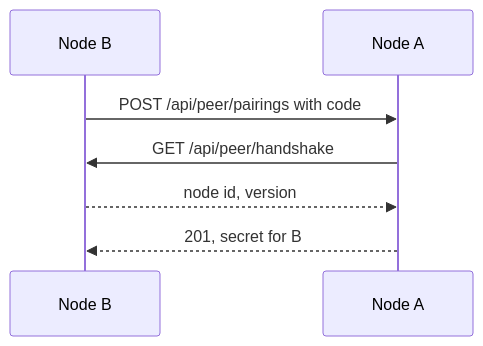
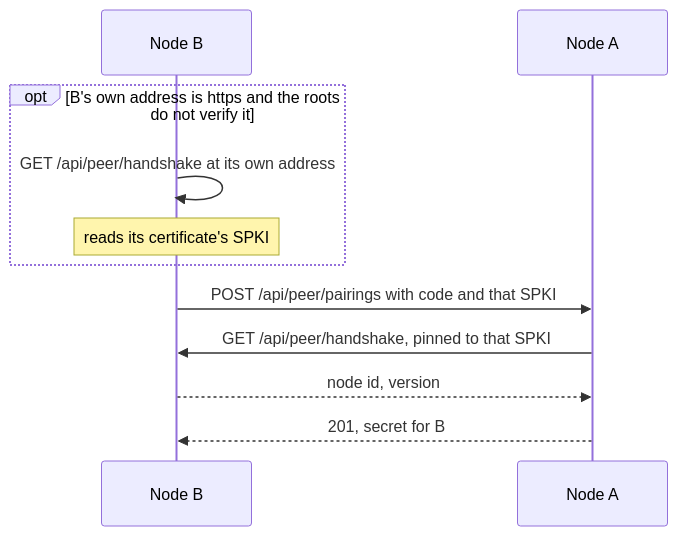
Before and after one commit to syudead/vv: the second of 4 diagrams in docs/design-docs/peer-library.md, drawn with Mermaid. The commit also changed other lines of this file and 25 other files, not shown here.

````diff
--- a/docs/design-docs/peer-library.md
+++ b/docs/design-docs/peer-library.md
@@ -29,9 +29,13 @@
 ```mermaid
 sequenceDiagram
   participant B as Node B
   participant A as Node A
-  B->>A: POST /api/peer/pairings with code
-  A->>B: GET /api/peer/handshake
+  opt B's own address is https and the roots do not verify it
+    B->>B: GET /api/peer/handshake at its own address
+    Note over B: reads its certificate's SPKI
+  end
+  B->>A: POST /api/peer/pairings with code and that SPKI
+  A->>B: GET /api/peer/handshake, pinned to that SPKI
   B-->>A: node id, version
   A-->>B: 201, secret for B
 ```
````
